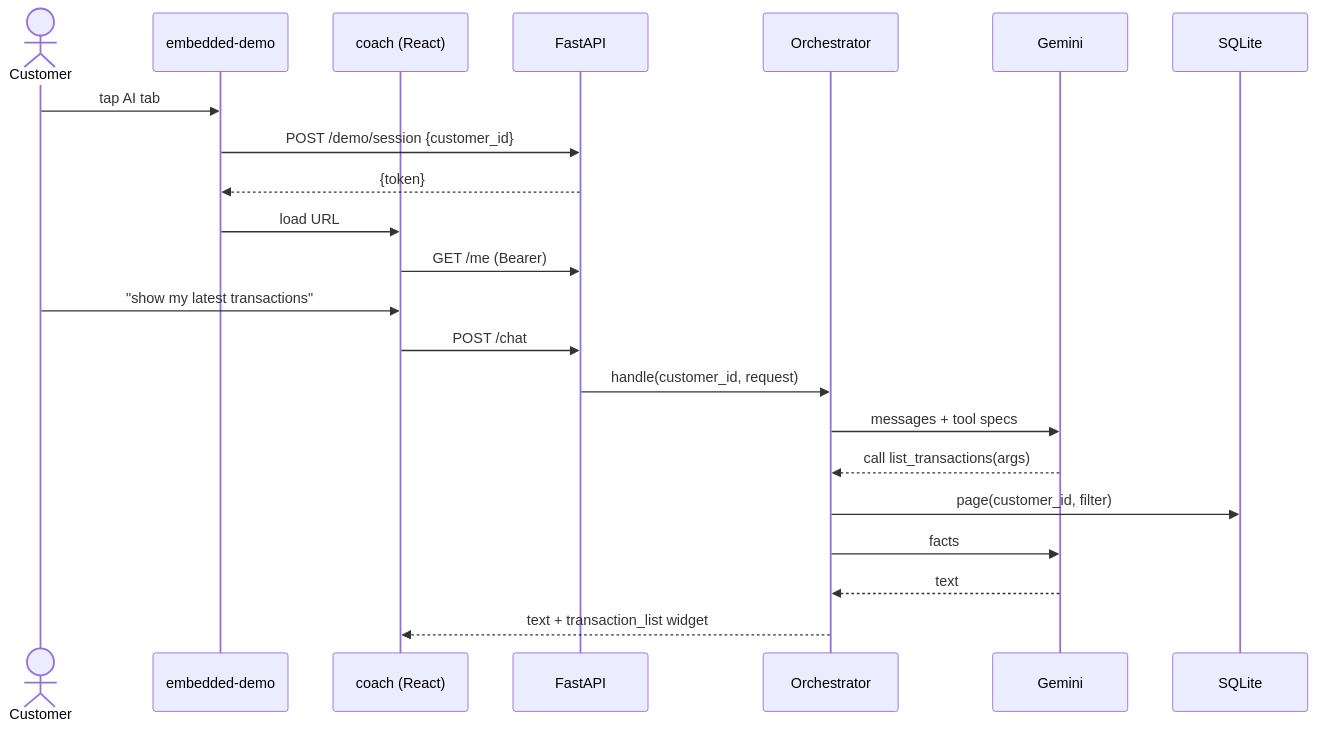
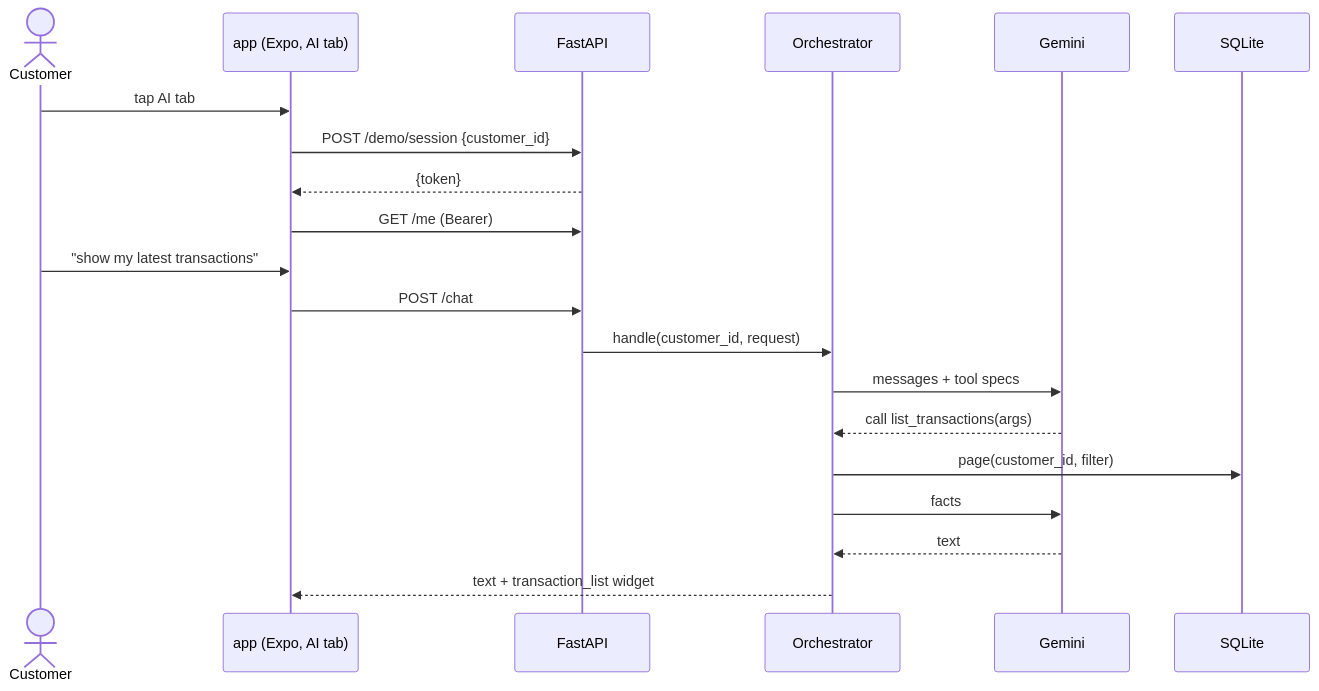
One commit to veiston/Junction2026 changed the second of 5 diagrams in docs/vertical-slices.md. Above: the diagram before and after it, drawn with Mermaid. The commit also changed other lines of this file and 11 other files, not shown here.

Commit message:
docs: remove embedded-demo references from docs, scripts and the API comment

````diff
--- a/docs/vertical-slices.md
+++ b/docs/vertical-slices.md
@@ -35,24 +35,22 @@
 ```mermaid
 sequenceDiagram
   actor U as Customer
-  participant ED as embedded-demo
-  participant CO as coach (React)
+  participant CO as app (Expo, AI tab)
   participant API as FastAPI
   participant OR as Orchestrator
   participant G as Gemini
   participant DB as SQLite
-  U->>ED: tap AI tab
-  ED->>API: POST /demo/session {customer_id}
-  API-->>ED: {token}
-  ED->>CO: load URL #token=…
+  U->>CO: tap AI tab
+  CO->>API: POST /demo/session {customer_id}
+  API-->>CO: {token}
   CO->>API: GET /me (Bearer)
   U->>CO: "show my latest transactions"
   CO->>API: POST /chat
   API->>OR: handle(customer_id, request)
   OR->>G: messages + tool specs
   G-->>OR: call list_transactions(args)
   OR->>DB: page(customer_id, filter)
   OR->>G: facts
   G-->>OR: text
   OR-->>CO: text + transaction_list widget
 ```
````
